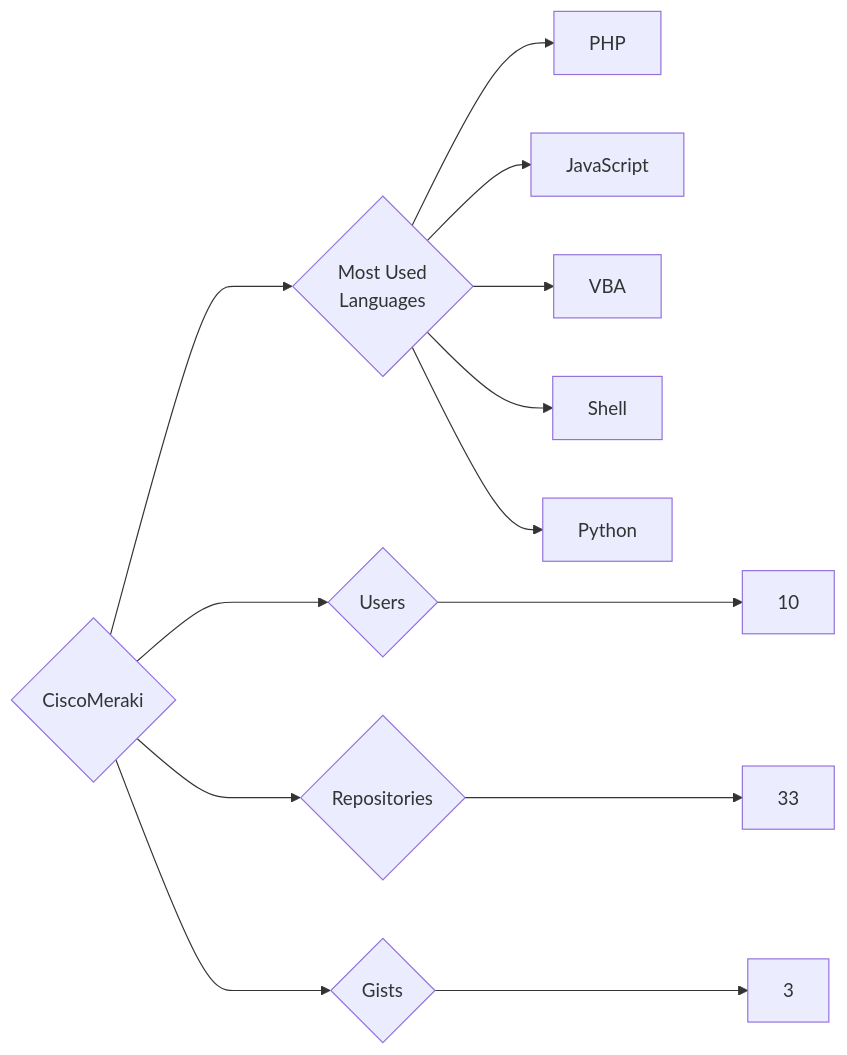
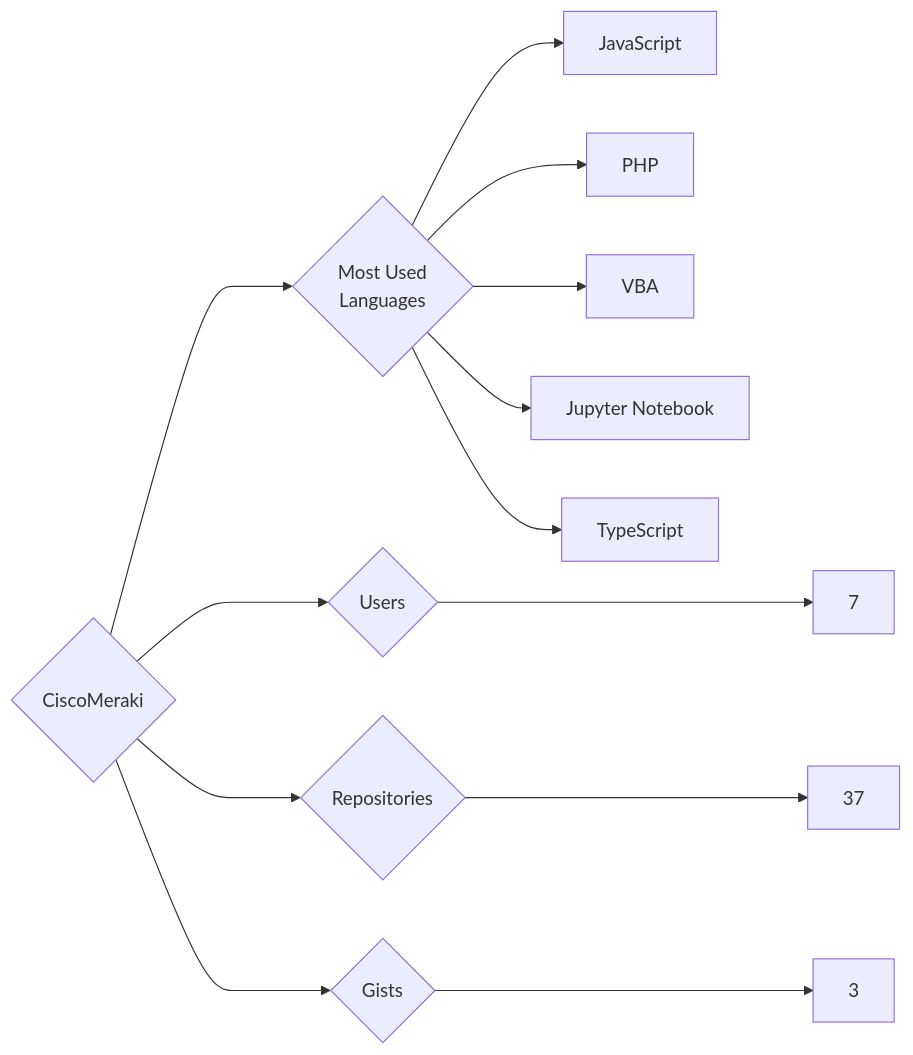
One commit to trickest/insiders changed the diagram in targets/CiscoMeraki/README.md. Above: the diagram before and after it, drawn with Mermaid. The commit also changed 1212 other files, not shown here.

````diff
--- a/targets/CiscoMeraki/README.md
+++ b/targets/CiscoMeraki/README.md
@@ -3,13 +3,13 @@
 ```mermaid
 graph LR
 COMPANY_NAME{CiscoMeraki}
-COMPANY_NAME ---> U{Users} ---> UN[10]
-COMPANY_NAME ---> R{Repositories} ---> RN[33]
+COMPANY_NAME ---> U{Users} ---> UN[7]
+COMPANY_NAME ---> R{Repositories} ---> RN[37]
 COMPANY_NAME ---> G{Gists} ---> GN[3]
 COMPANY_NAME ---> ML{Most Used<br>Languages}
+ML --> JavaScript[JavaScript]
 ML --> PHP[PHP]
-ML --> JavaScript[JavaScript]
 ML --> VBA[VBA]
-ML --> Shell[Shell]
-ML --> Python[Python]
+ML --> Jupyter_Notebook[Jupyter Notebook]
+ML --> TypeScript[TypeScript]
 ```
````
